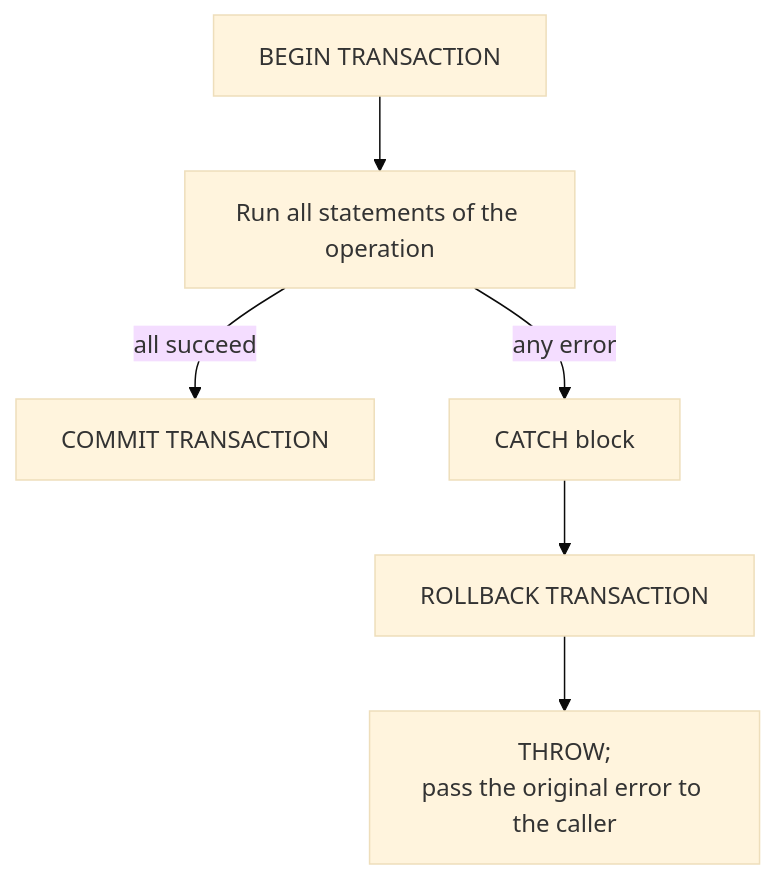
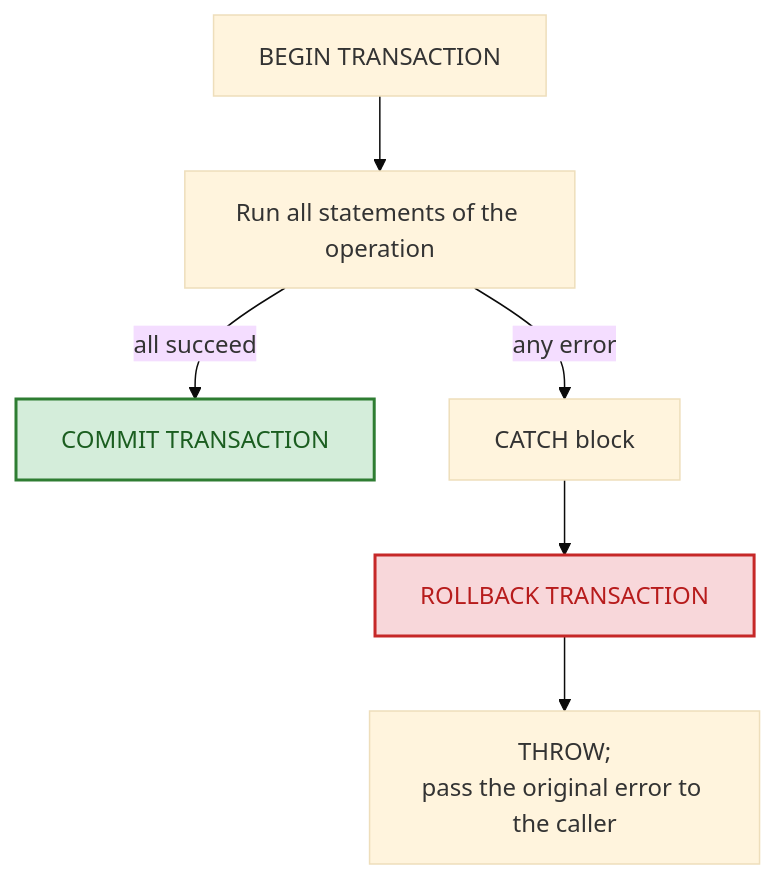
Before and after one commit to tjovic/database-design-labs-public: the second of 9 diagrams in labs/lab09-transactions.md, drawn with Mermaid (base theme). The commit also changed other lines of this file, not shown here.

````diff
--- a/labs/lab09-transactions.md
+++ b/labs/lab09-transactions.md
@@ -488,8 +488,13 @@
 ```mermaid
 flowchart TD
     START["BEGIN TRANSACTION"] --> WORK["Run all statements of the operation"]
     WORK -->|"all succeed"| COMMIT["COMMIT TRANSACTION"]
     WORK -->|"any error"| CATCH["CATCH block"]
     CATCH --> RB["ROLLBACK TRANSACTION"]
     RB --> THROW["THROW;<br/>pass the original error to the caller"]
+
+    classDef committed fill:#d4edda,stroke:#2e7d32,stroke-width:2px,color:#1b5e20
+    classDef failed fill:#f8d7da,stroke:#c62828,stroke-width:2px,color:#b71c1c
+    class COMMIT committed
+    class RB failed
 ```
````
